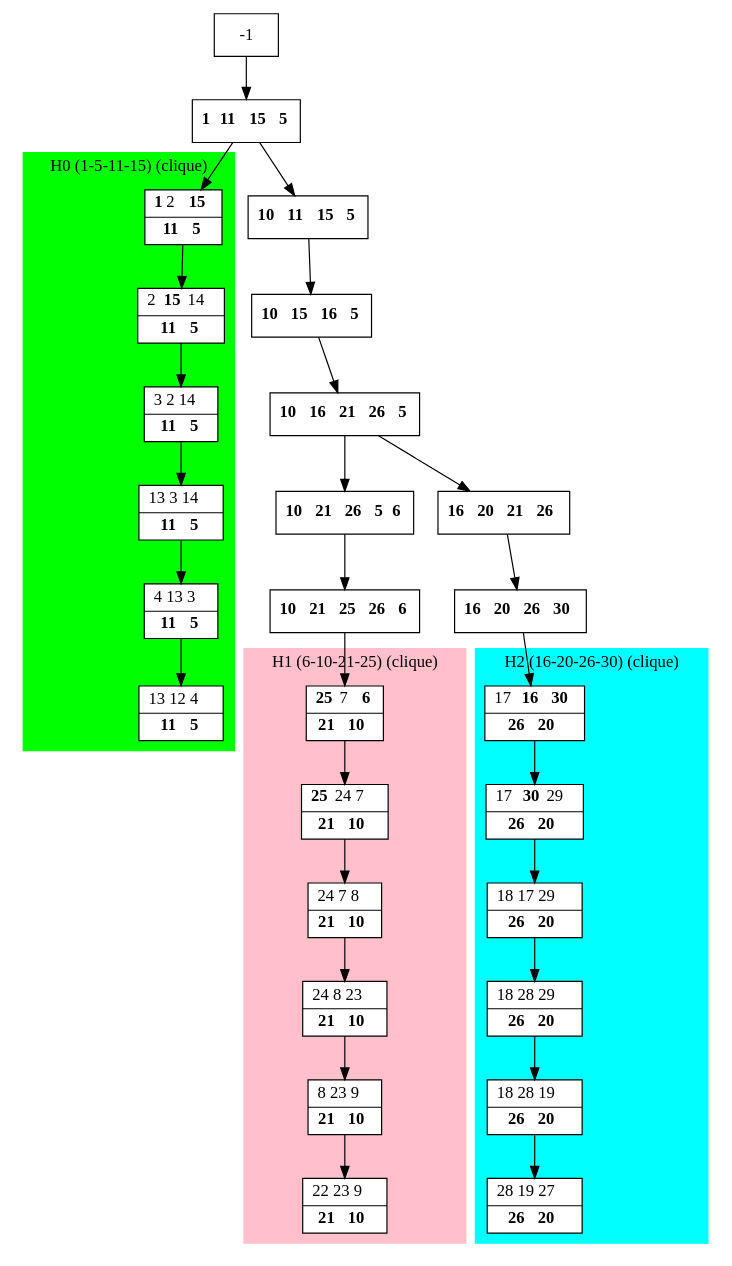
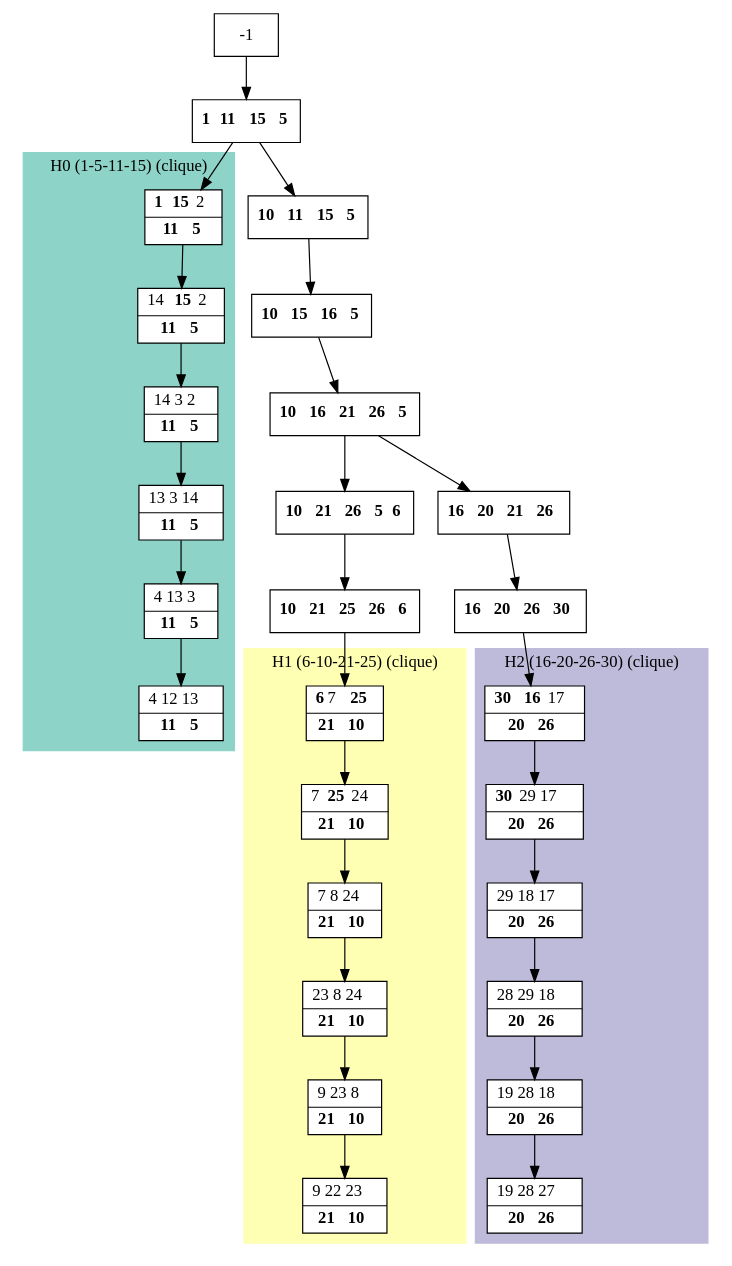
Before and after one commit to bmarchand/auto-dp: the diagram in results/dot_files/processed_K.dot, drawn with Graphviz. The commit also changed 93 other files, not shown here.

```diff
--- a/results/dot_files/processed_K.dot
+++ b/results/dot_files/processed_K.dot
@@ -1,64 +1,64 @@
 digraph G {
     node [shape=box];
     subgraph cluster0 {
         node [style=filled,fillcolor=white];
         labeljust="l";
         style=filled;
-        color=lime;
+        color="#8DD3C7";
         H0_0 -> H0_1 -> H0_2 -> H0_3 -> H0_4 -> H0_5;
         label="H0 (1-5-11-15) (clique)";
     }
     subgraph cluster1 {
         node [style=filled,fillcolor=white];
         labeljust="l";
         style=filled;
-        color=pink;
+        color="#FFFFB3";
         H1_0 -> H1_1 -> H1_2 -> H1_3 -> H1_4 -> H1_5;
         label="H1 (6-10-21-25) (clique)";
     }
     subgraph cluster2 {
         node [style=filled,fillcolor=white];
         labeljust="l";
         style=filled;
-        color=cyan;
+        color="#BEBADA";
         H2_0 -> H2_1 -> H2_2 -> H2_3 -> H2_4 -> H2_5;
         label="H2 (16-20-26-30) (clique)";
     }
      1 [shape=record,label= <{ <b>1</b> <b>11</b> <b>15</b> <b>5</b>}> ];
      -1  ->  1;
-     H0_0 [shape=record,label= <{ <b>1</b> 2 <b>15</b>|  <b>11</b> <b>5</b>}> ];
+     H0_0 [shape=record,label= <{ <b>1</b> <b>15</b> 2|  <b>11</b> <b>5</b>}> ];
      1  ->  H0_0;
-     H0_1 [shape=record,label= <{ 2 <b>15</b> 14|  <b>11</b> <b>5</b>}> ];
-     H0_2 [shape=record,label= <{ 3 2 14|  <b>11</b> <b>5</b>}> ];
+     H0_1 [shape=record,label= <{ 14 <b>15</b> 2|  <b>11</b> <b>5</b>}> ];
+     H0_2 [shape=record,label= <{ 14 3 2|  <b>11</b> <b>5</b>}> ];
      H0_3 [shape=record,label= <{ 13 3 14|  <b>11</b> <b>5</b>}> ];
      H0_4 [shape=record,label= <{ 4 13 3|  <b>11</b> <b>5</b>}> ];
-     H0_5 [shape=record,label= <{ 13 12 4|  <b>11</b> <b>5</b>}> ];
+     H0_5 [shape=record,label= <{ 4 12 13|  <b>11</b> <b>5</b>}> ];
      18 [shape=record,label= <{ <b>10</b> <b>11</b> <b>15</b> <b>5</b>}> ];
      1  ->  18;
      17 [shape=record,label= <{ <b>10</b> <b>15</b> <b>16</b> <b>5</b>}> ];
      18  ->  17;
      16 [shape=record,label= <{ <b>10</b> <b>16</b> <b>21</b> <b>26</b> <b>5</b>}> ];
      17  ->  16;
      9 [shape=record,label= <{ <b>10</b> <b>21</b> <b>26</b> <b>5</b> <b>6</b>}> ];
      16  ->  9;
      11 [shape=record,label= <{ <b>10</b> <b>21</b> <b>25</b> <b>26</b> <b>6</b>}> ];
      9  ->  11;
-     H1_0 [shape=record,label= <{ <b>25</b> 7 <b>6</b>|  <b>21</b> <b>10</b>}> ];
+     H1_0 [shape=record,label= <{ <b>6</b> 7 <b>25</b>|  <b>21</b> <b>10</b>}> ];
      11  ->  H1_0;
-     H1_1 [shape=record,label= <{ <b>25</b> 24 7|  <b>21</b> <b>10</b>}> ];
-     H1_2 [shape=record,label= <{ 24 7 8|  <b>21</b> <b>10</b>}> ];
-     H1_3 [shape=record,label= <{ 24 8 23|  <b>21</b> <b>10</b>}> ];
-     H1_4 [shape=record,label= <{ 8 23 9|  <b>21</b> <b>10</b>}> ];
-     H1_5 [shape=record,label= <{ 22 23 9|  <b>21</b> <b>10</b>}> ];
+     H1_1 [shape=record,label= <{ 7 <b>25</b> 24|  <b>21</b> <b>10</b>}> ];
+     H1_2 [shape=record,label= <{ 7 8 24|  <b>21</b> <b>10</b>}> ];
+     H1_3 [shape=record,label= <{ 23 8 24|  <b>21</b> <b>10</b>}> ];
+     H1_4 [shape=record,label= <{ 9 23 8|  <b>21</b> <b>10</b>}> ];
+     H1_5 [shape=record,label= <{ 9 22 23|  <b>21</b> <b>10</b>}> ];
      20 [shape=record,label= <{ <b>16</b> <b>20</b> <b>21</b> <b>26</b>}> ];
      16  ->  20;
      22 [shape=record,label= <{ <b>16</b> <b>20</b> <b>26</b> <b>30</b>}> ];
      20  ->  22;
-     H2_0 [shape=record,label= <{ 17 <b>16</b> <b>30</b>|  <b>26</b> <b>20</b>}> ];
+     H2_0 [shape=record,label= <{ <b>30</b> <b>16</b> 17|  <b>20</b> <b>26</b>}> ];
      22  ->  H2_0;
-     H2_1 [shape=record,label= <{ 17 <b>30</b> 29|  <b>26</b> <b>20</b>}> ];
-     H2_2 [shape=record,label= <{ 18 17 29|  <b>26</b> <b>20</b>}> ];
-     H2_3 [shape=record,label= <{ 18 28 29|  <b>26</b> <b>20</b>}> ];
-     H2_4 [shape=record,label= <{ 18 28 19|  <b>26</b> <b>20</b>}> ];
-     H2_5 [shape=record,label= <{ 28 19 27|  <b>26</b> <b>20</b>}> ];
+     H2_1 [shape=record,label= <{ <b>30</b> 29 17|  <b>20</b> <b>26</b>}> ];
+     H2_2 [shape=record,label= <{ 29 18 17|  <b>20</b> <b>26</b>}> ];
+     H2_3 [shape=record,label= <{ 28 29 18|  <b>20</b> <b>26</b>}> ];
+     H2_4 [shape=record,label= <{ 19 28 18|  <b>20</b> <b>26</b>}> ];
+     H2_5 [shape=record,label= <{ 19 28 27|  <b>20</b> <b>26</b>}> ];
 }
```
